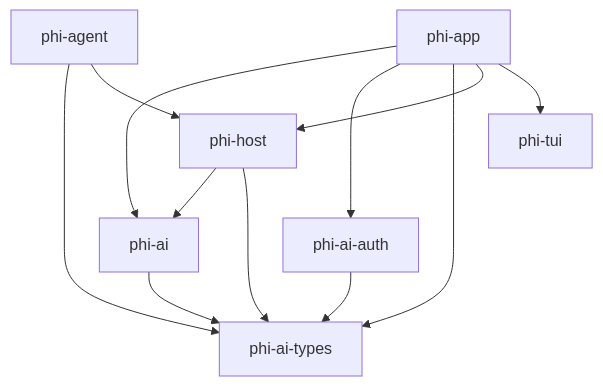
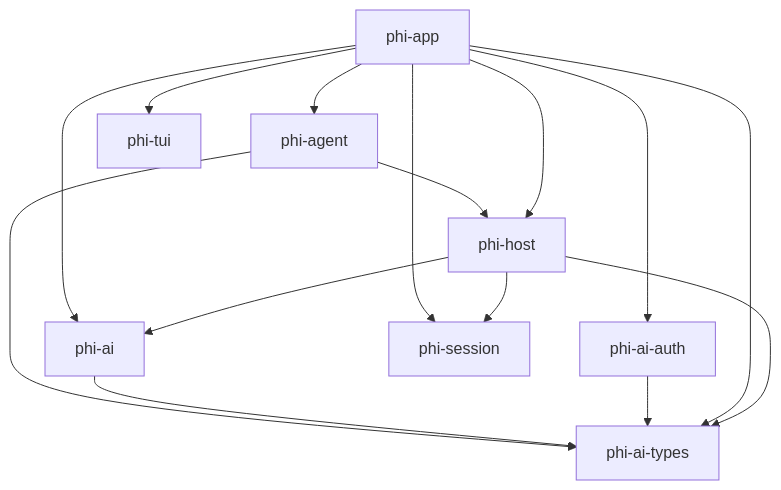
Before and after one commit to y0usaf/phi: the diagram in ARCHITECTURE.md, drawn with Mermaid. The commit also changed 8 other files, not shown here.

First line of the commit message:
feat(phi-app): accept Anthropic replay agent slice (WS4.6)

````diff
--- a/ARCHITECTURE.md
+++ b/ARCHITECTURE.md
@@ -14,14 +14,17 @@
 ```mermaid
 graph TD
   phi_agent["phi-agent"] --> phi_ai_types["phi-ai-types"]
   phi_agent["phi-agent"] --> phi_host["phi-host"]
   phi_ai["phi-ai"] --> phi_ai_types["phi-ai-types"]
   phi_ai_auth["phi-ai-auth"] --> phi_ai_types["phi-ai-types"]
+  phi_app["phi-app"] --> phi_agent["phi-agent"]
   phi_app["phi-app"] --> phi_ai["phi-ai"]
   phi_app["phi-app"] --> phi_ai_auth["phi-ai-auth"]
   phi_app["phi-app"] --> phi_ai_types["phi-ai-types"]
   phi_app["phi-app"] --> phi_host["phi-host"]
+  phi_app["phi-app"] --> phi_session["phi-session"]
   phi_app["phi-app"] --> phi_tui["phi-tui"]
   phi_host["phi-host"] --> phi_ai["phi-ai"]
   phi_host["phi-host"] --> phi_ai_types["phi-ai-types"]
+  phi_host["phi-host"] --> phi_session["phi-session"]
 ```
````
